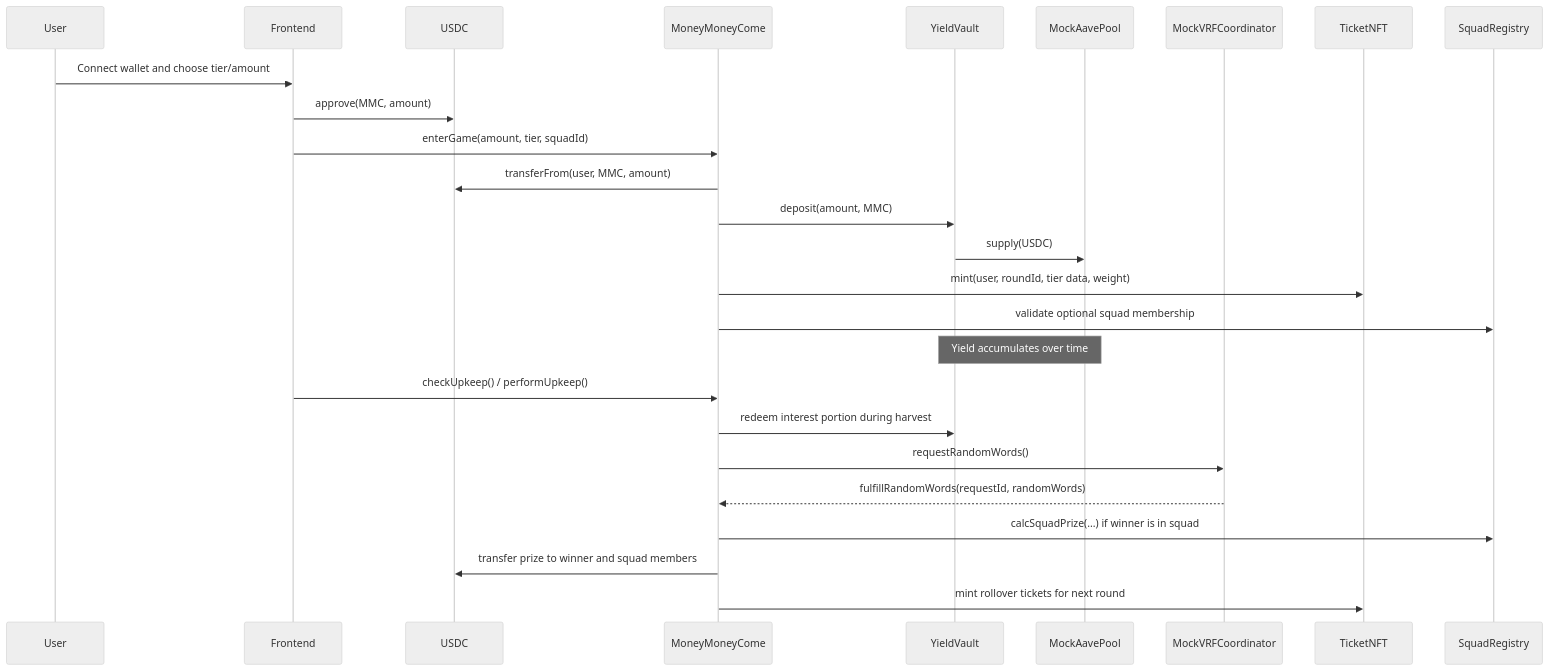
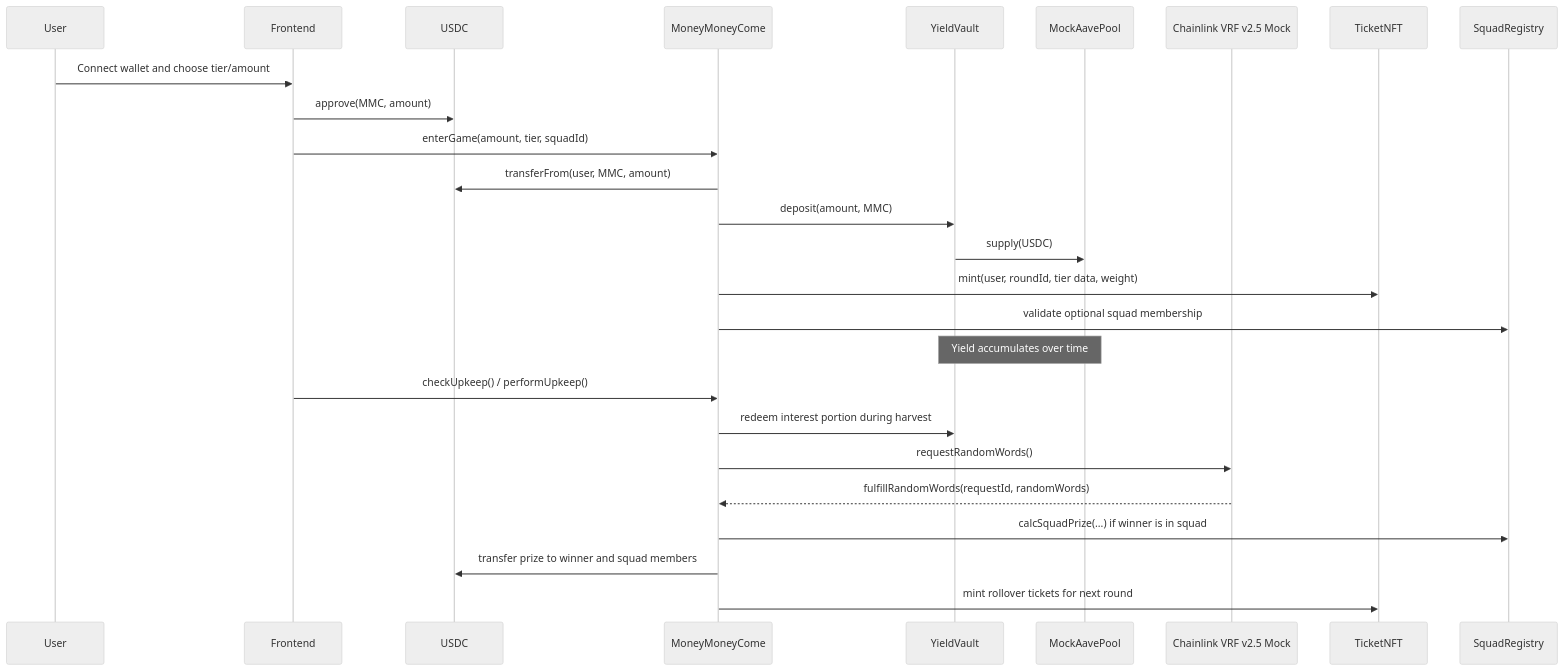
Before and after one commit to Rttt-N/money-money-come: the second of 3 diagrams in docs/ARCHITECTURE.md, drawn with Mermaid (neutral theme). The commit also changed other lines of this file and 9 other files, not shown here.

````diff
--- a/docs/ARCHITECTURE.md
+++ b/docs/ARCHITECTURE.md
@@ -71,31 +71,31 @@
 ```mermaid
 sequenceDiagram
     participant User
     participant Frontend
     participant USDC
     participant MMC as MoneyMoneyCome
     participant Vault as YieldVault
     participant Aave as MockAavePool
-    participant VRF as MockVRFCoordinator
+    participant VRF as Chainlink VRF v2.5 Mock
     participant NFT as TicketNFT
     participant Squad as SquadRegistry
 
     User->>Frontend: Connect wallet and choose tier/amount
     Frontend->>USDC: approve(MMC, amount)
     Frontend->>MMC: enterGame(amount, tier, squadId)
     MMC->>USDC: transferFrom(user, MMC, amount)
     MMC->>Vault: deposit(amount, MMC)
     Vault->>Aave: supply(USDC)
     MMC->>NFT: mint(user, roundId, tier data, weight)
     MMC->>Squad: validate optional squad membership
 
     Note over Aave,Vault: Yield accumulates over time
 
     Frontend->>MMC: checkUpkeep() / performUpkeep()
     MMC->>Vault: redeem interest portion during harvest
     MMC->>VRF: requestRandomWords()
     VRF-->>MMC: fulfillRandomWords(requestId, randomWords)
     MMC->>Squad: calcSquadPrize(...) if winner is in squad
     MMC->>USDC: transfer prize to winner and squad members
     MMC->>NFT: mint rollover tickets for next round
 ```
````
